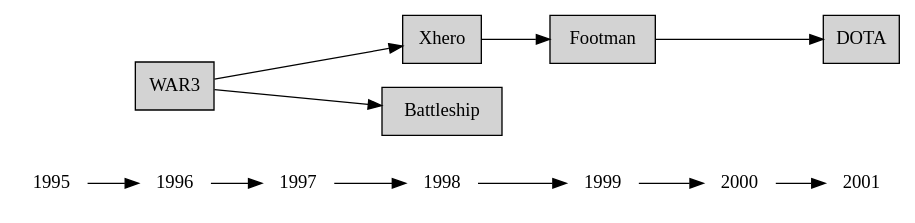
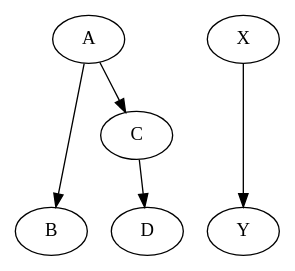
Before and after one commit to muyids/leetcode: the diagram in playground/dot/rank.dot, drawn with Graphviz. The commit also changed 11 other files, not shown here.

```diff
--- a/playground/dot/rank.dot
+++ b/playground/dot/rank.dot
@@ -1,19 +1,32 @@
-// 排列对齐
-digraph G{
-   rankdir = LR // 排列方向
-   {
-    node[shape = plaintext]
-    1995 -> 1996 -> 1997 -> 1998 -> 1999 -> 2000 -> 2001
-   }
-   {
-    node[shape = box, style = filled]
-    WAR3 -> Xhero -> Footman -> DOTA
-    WAR3 -> Battleship
-   }
-   {
-    {rank = same 1996 WAR3}
-    {rank = same 1998 Xhero Battleship}
-    {rank = same 1999 Footman}
-    {rank = same 2001 DOTA}
-   }
+// // 排列对齐
+// digraph G{
+//    rankdir = LR // 排列方向
+//    {
+//     node[shape = plaintext]
+//     1995 -> 1996 -> 1997 -> 1998 -> 1999 -> 2000 -> 2001
+//    }
+//    {
+//     node[shape = box, style = filled]
+//     WAR3 -> Xhero -> Footman -> DOTA
+//     WAR3 -> Battleship
+//    }
+//    {
+//     {rank = same 1996 WAR3}
+//     {rank = same 1998 Xhero Battleship}
+//     {rank = same 1999 Footman}
+//     {rank = same 2001 DOTA}
+//    }
+// }
+
+digraph G {
+  rankdir = TB;
+  subgraph {
+    A -> B
+    A -> C
+    C -> D
+    X -> Y
+    // note that rank is used in the subgraph
+    {rank = same; A; X;}
+    {rank = same; B; D; Y;}
+  } /* closing subgraph */
 }
```
